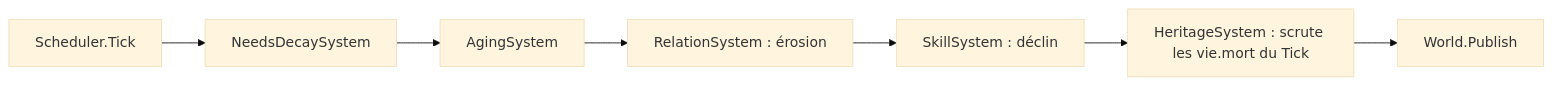
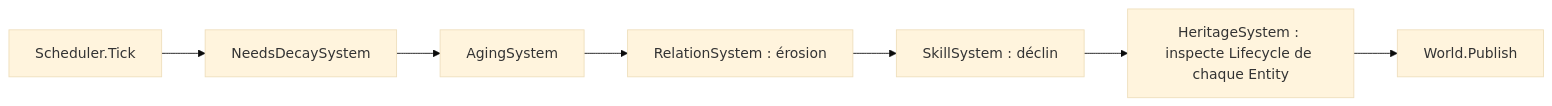
One commit to leseke/CHRONIQUES changed the diagram in ENGINE/ENGINE-008 — SystemsDePopulation.md. Above: the diagram before and after it, drawn with Mermaid (base theme). The commit also changed other lines of this file, not shown here.

First line of the commit message:
Refactor HeritageSystem for direct Lifecycle inspection

````diff
--- a/ENGINE/ENGINE-008 — SystemsDePopulation.md
+++ b/ENGINE/ENGINE-008 — SystemsDePopulation.md
@@ -158,9 +163,9 @@
 ```mermaid
 flowchart LR
 Scheduler[Scheduler.Tick] --> Needs[NeedsDecaySystem]
 Needs --> Aging[AgingSystem]
 Aging --> Rel[RelationSystem : érosion]
 Rel --> Skill[SkillSystem : déclin]
-Skill --> Her[HeritageSystem : scrute les vie.mort du Tick]
+Skill --> Her[HeritageSystem : inspecte Lifecycle de chaque Entity]
 Her --> Pub[World.Publish]
 ```
````
